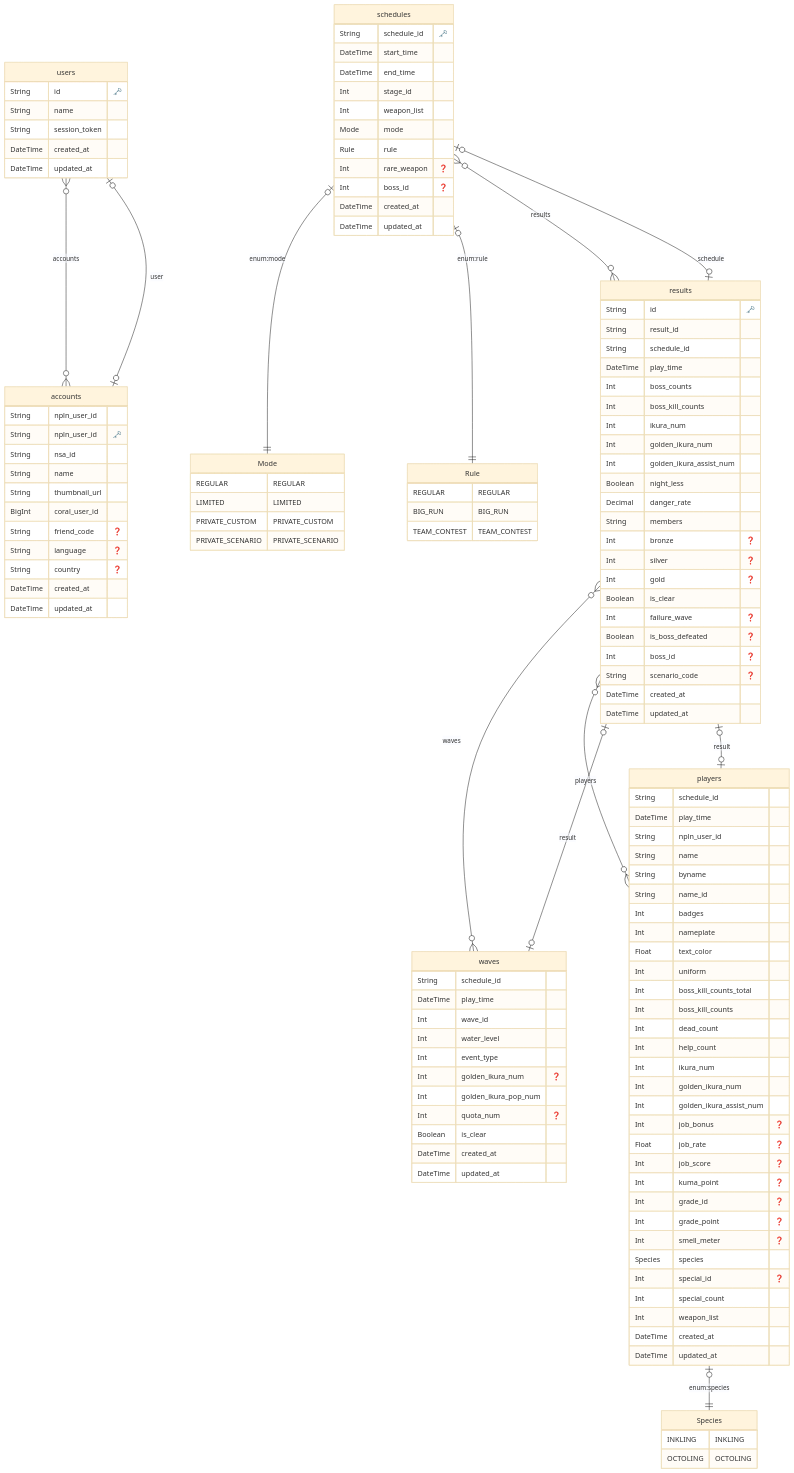
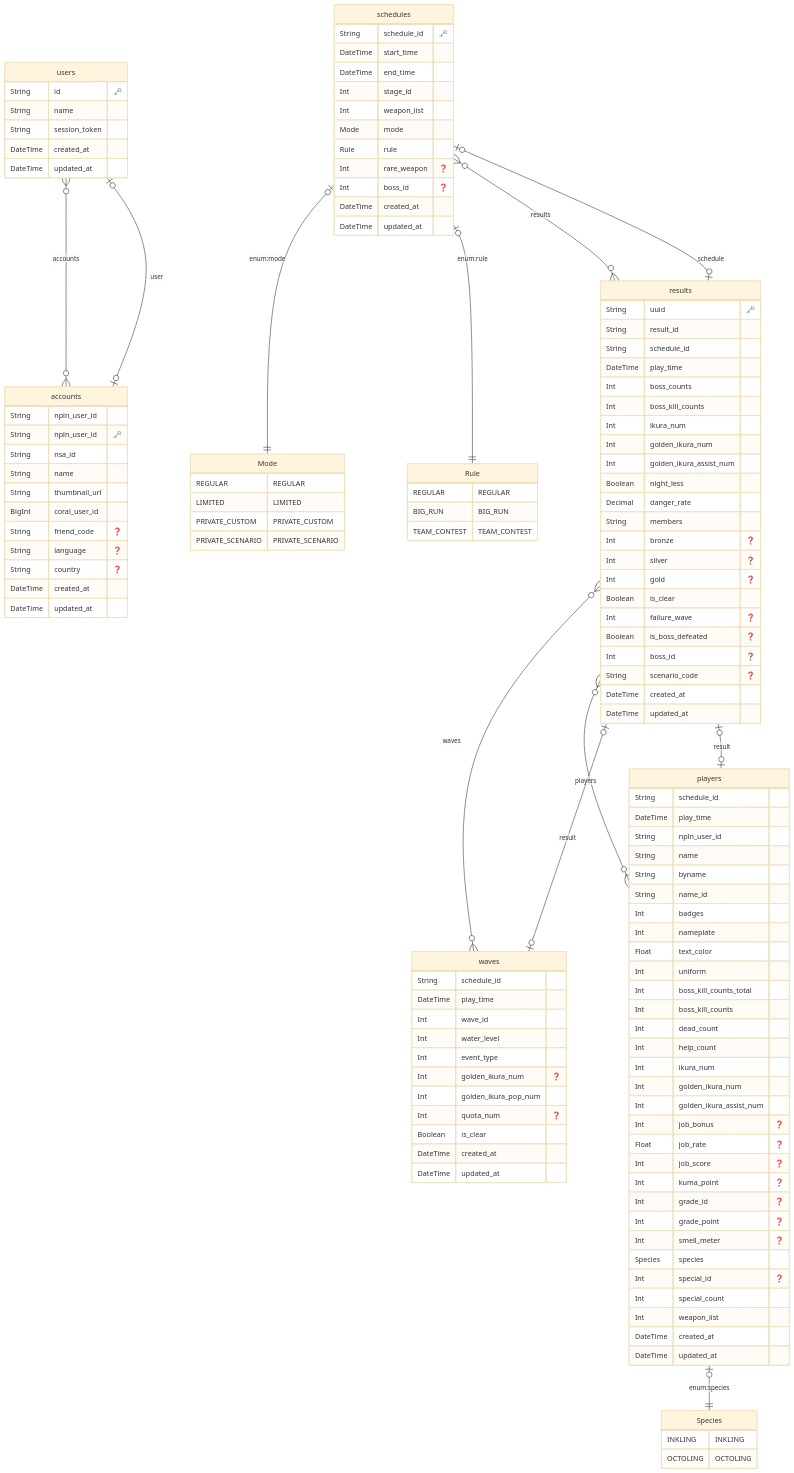
One commit to salmonstats3/av5ja_stats_api changed the diagram in prisma/erd.md. Above: the diagram before and after it, drawn with Mermaid (base theme). The commit also changed 8 other files, not shown here.

```diff
--- a/prisma/erd.md
+++ b/prisma/erd.md
@@ -63,7 +63,7 @@
   
 
   "results" {
-    String id "🗝️"
+    String uuid "🗝️"
     String result_id 
     String schedule_id 
     DateTime play_time 
```
